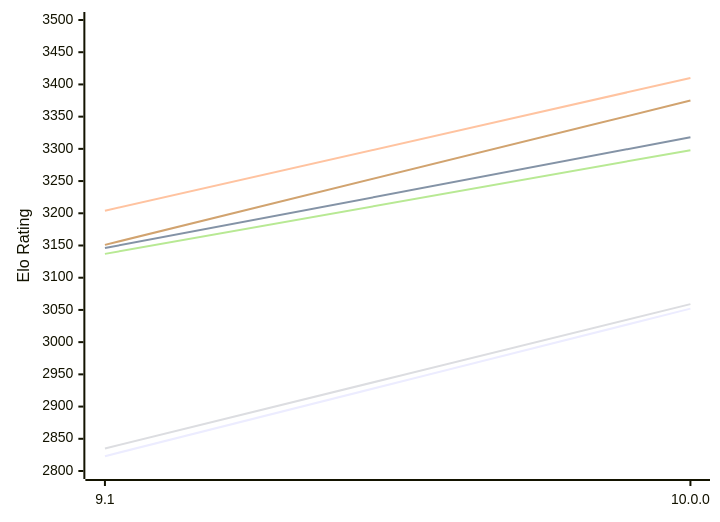
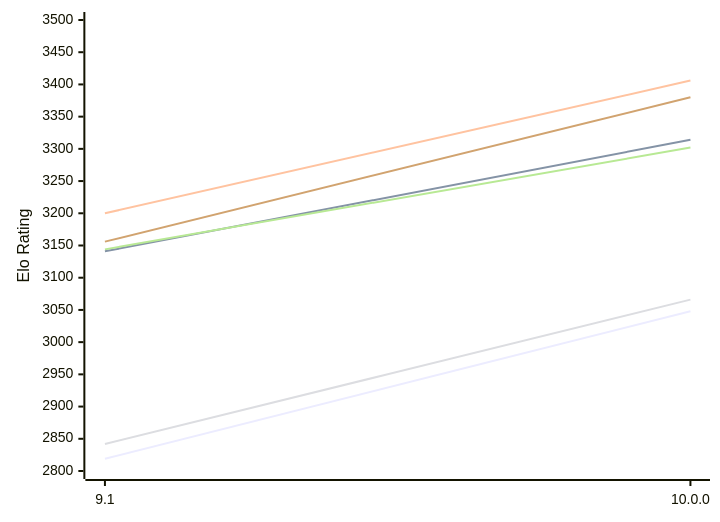
One commit to computer-chess-index/cci changed the first of 2 diagrams in engines/Pea.md. Above: the diagram before and after it, drawn with Mermaid. The commit also changed other lines of this file, not shown here.

Commit message:
Update CCI Ratings (ELO VLTC) - 2026-11-21

````diff
--- a/engines/Pea.md
+++ b/engines/Pea.md
@@ -58,12 +58,12 @@
 ```mermaid
 %%{init: {"theme":"base","themeVariables":{"seriesColors:['#a3a3a3','#222221','#faa371']}}}%%
 xychart-beta
   x-axis ["9.1", "10.0.0"]
   y-axis "Elo Rating" 2800 --> 3500
-  line "E1: STC (8.0+0.08s)" [2823, 3052]
-  line "E1: LTC (60.0+0.60s)" [3146, 3318]
-  line "E1: VLTC (2m24s+1.12s)" [3204, 3410]
-  line "P1: STC (8.0+0.08s)" [2835, 3059]
-  line "P1: LTC (60.0+0.60s)" [3137, 3298]
-  line "P1: VLTC (2m24s+1.12s)" [3151, 3375]
+  line "E1: STC (8.0+0.08s)" [2819, 3048]
+  line "E1: LTC (60.0+0.60s)" [3141, 3314]
+  line "E1: VLTC (2m24s+1.12s)" [3200, 3406]
+  line "P1: STC (8.0+0.08s)" [2842, 3066]
+  line "P1: LTC (60.0+0.60s)" [3144, 3302]
+  line "P1: VLTC (2m24s+1.12s)" [3156, 3380]
 ```
````
